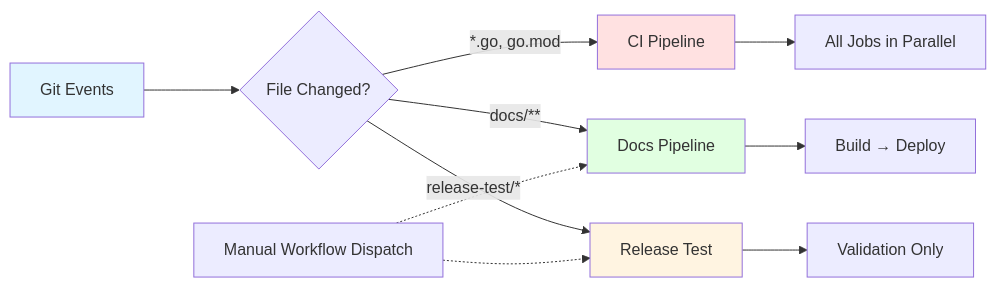
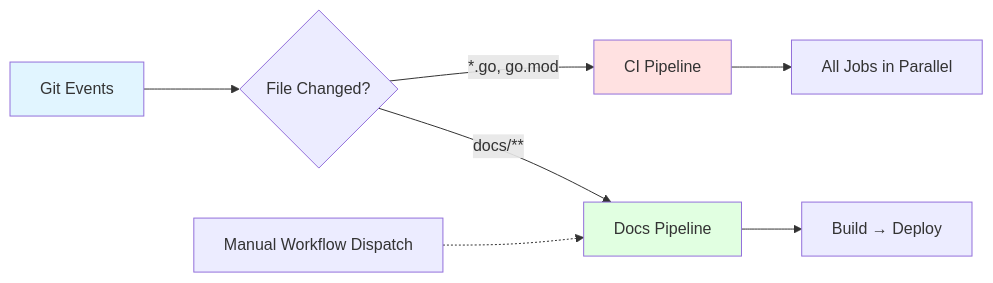
One commit to AltairaLabs/PromptKit changed the second of 7 diagrams in docs/src/content/docs/devops/ci-cd-diagrams.md. Above: the diagram before and after it, drawn with Mermaid. The commit also changed other lines of this file and 149 other files, not shown here.

````diff
--- a/docs/src/content/docs/devops/ci-cd-diagrams.md
+++ b/docs/src/content/docs/devops/ci-cd-diagrams.md
@@ -74,20 +65,16 @@
 ```mermaid
 graph LR
     A[Git Events] --> B{File Changed?}
     
     B -->|*.go, go.mod| C[CI Pipeline]
     B -->|docs/**| D[Docs Pipeline]
-    B -->|release-test/*| E[Release Test]
     
     C --> F[All Jobs in Parallel]
     D --> G[Build → Deploy]
-    E --> H[Validation Only]
     
     I[Manual Workflow Dispatch] -.-> D
-    I -.-> E
     
     style A fill:#e1f5ff
     style C fill:#ffe1e1
     style D fill:#e1ffe1
-    style E fill:#fff4e1
 ```
````
